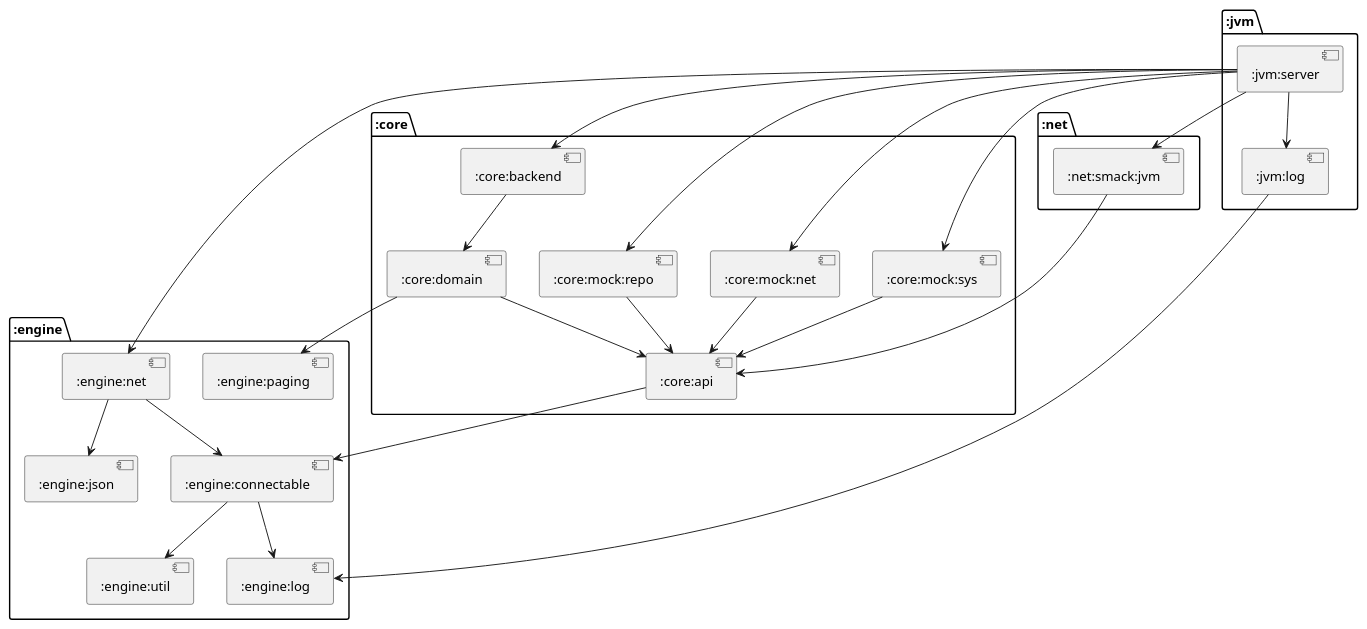
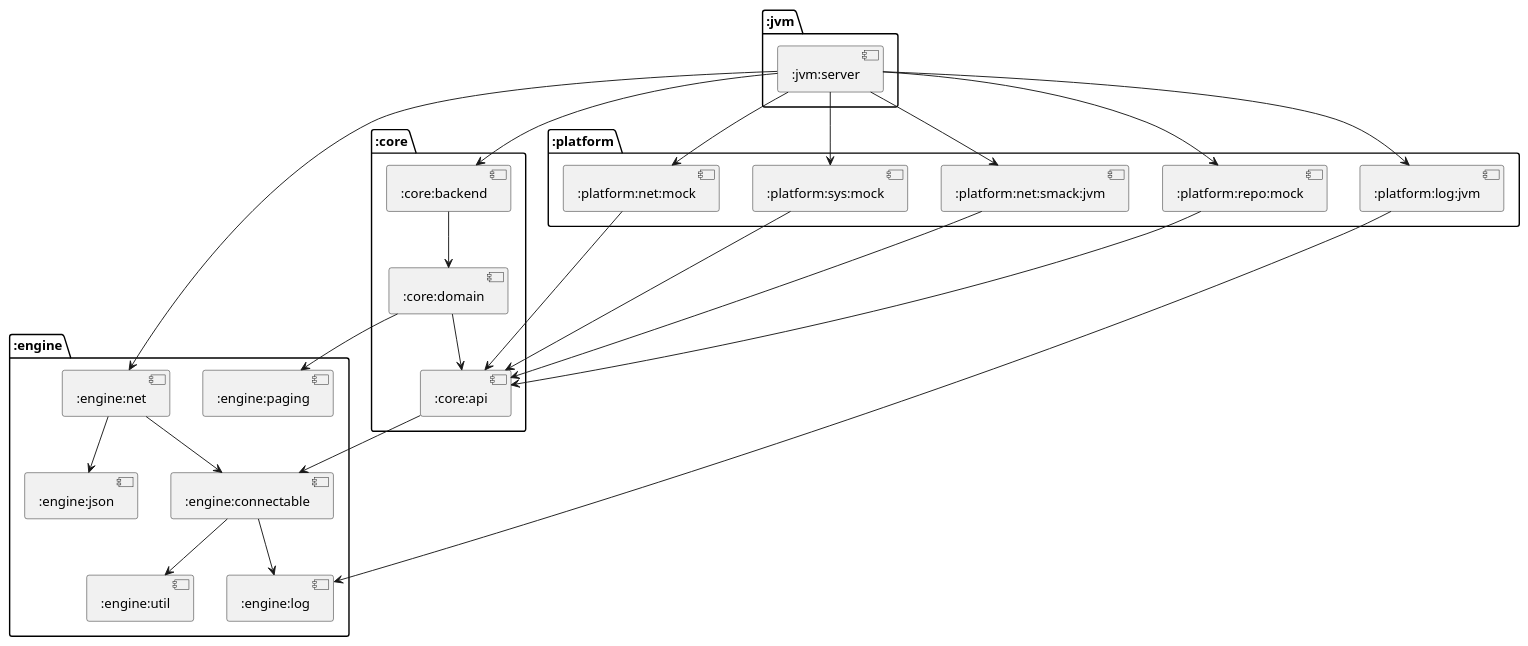
Before and after one commit to cryptopunkscc/crypton: the diagram in docs/modules/puml/:jvm:server.puml, drawn with PlantUML. The commit also changed 137 other files, not shown here.

```diff
--- a/docs/modules/puml/:jvm:server.puml
+++ b/docs/modules/puml/:jvm:server.puml
@@ -1,45 +1,45 @@
 @startuml
+package ":platform" {
+[:platform:repo:mock]
+[:platform:net:mock]
+[:platform:sys:mock]
+[:platform:net:smack:jvm]
+[:platform:log:jvm]
+}
 package ":core" {
-[:core:mock:repo]
-[:core:mock:net]
-[:core:mock:sys]
 [:core:backend]
 [:core:api]
 [:core:domain]
-}
-package ":net" {
-[:net:smack:jvm]
 }
 package ":engine" {
 [:engine:net]
 [:engine:connectable]
 [:engine:util]
 [:engine:log]
 [:engine:paging]
 [:engine:json]
 }
 package ":jvm" {
-[:jvm:log]
 [:jvm:server]
 }
-[:core:mock:repo] --> [:core:api]
-[:core:mock:net] --> [:core:api]
-[:core:mock:sys] --> [:core:api]
-[:net:smack:jvm] --> [:core:api]
+[:platform:repo:mock] --> [:core:api]
+[:platform:net:mock] --> [:core:api]
+[:platform:sys:mock] --> [:core:api]
+[:platform:net:smack:jvm] --> [:core:api]
 [:core:backend] --> [:core:domain]
 [:engine:net] --> [:engine:connectable]
 [:engine:net] --> [:engine:json]
-[:jvm:log] --> [:engine:log]
+[:platform:log:jvm] --> [:engine:log]
 [:core:api] --> [:engine:connectable]
 [:engine:connectable] --> [:engine:util]
 [:engine:connectable] --> [:engine:log]
 [:core:domain] --> [:engine:paging]
 [:core:domain] --> [:core:api]
-[:jvm:server] --> [:core:mock:repo]
-[:jvm:server] --> [:core:mock:net]
-[:jvm:server] --> [:core:mock:sys]
-[:jvm:server] --> [:net:smack:jvm]
+[:jvm:server] --> [:platform:repo:mock]
+[:jvm:server] --> [:platform:net:mock]
+[:jvm:server] --> [:platform:sys:mock]
+[:jvm:server] --> [:platform:net:smack:jvm]
 [:jvm:server] --> [:core:backend]
 [:jvm:server] --> [:engine:net]
-[:jvm:server] --> [:jvm:log]
+[:jvm:server] --> [:platform:log:jvm]
 @enduml
```
